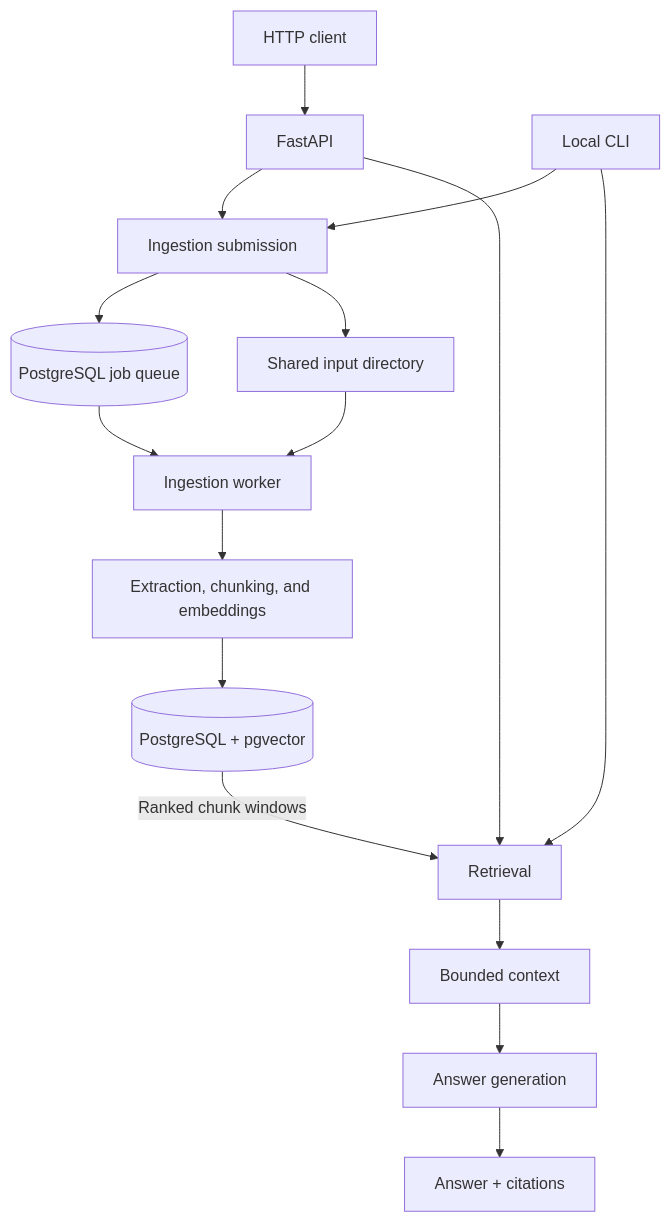
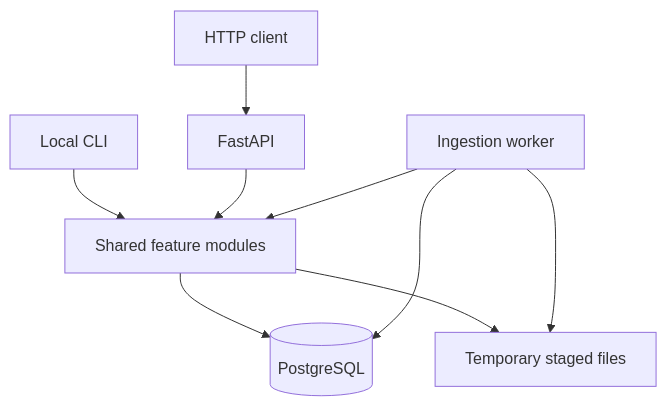
One commit to richard-costa/rag-mtst changed the first of 3 diagrams in docs/explanation/architecture.md. Above: the diagram before and after it, drawn with Mermaid. The commit also changed other lines of this file and 6 other files, not shown here.

Commit message:
docs: deduplicate architecture and improve responsive Mermaid navigation

````diff
--- a/docs/explanation/architecture.md
+++ b/docs/explanation/architecture.md
@@ -8,23 +16,16 @@
 ```mermaid
 ---
 config:
-    flowchart:
-        useMaxWidth: false
+  flowchart:
+    useMaxWidth: true
 ---
 flowchart TB
-    http[HTTP client] --> api[FastAPI]
-    cli[Local CLI] --> submission[Ingestion submission]
-    api --> submission
-    submission --> queue[(PostgreSQL job queue)]
-    submission --> staging[Shared input directory]
-    queue --> worker[Ingestion worker]
-    staging --> worker
-    worker --> indexing[Extraction, chunking, and embeddings]
-    indexing --> documents[(PostgreSQL + pgvector)]
-    api --> retrieval[Retrieval]
-    cli --> retrieval
-    documents -->|Ranked chunk windows| retrieval
-    retrieval --> context[Bounded context]
-    context --> generation[Answer generation]
-    generation --> answer[Answer + citations]
+    CLI[Local CLI] --> CORE[Shared feature modules]
+    CLIENT[HTTP client] --> API[FastAPI]
+    API --> CORE
+    CORE --> DB[(PostgreSQL)]
+    CORE --> FILES[Temporary staged files]
+    WORKER[Ingestion worker] --> DB
+    WORKER --> FILES
+    WORKER --> CORE
 ```
````
